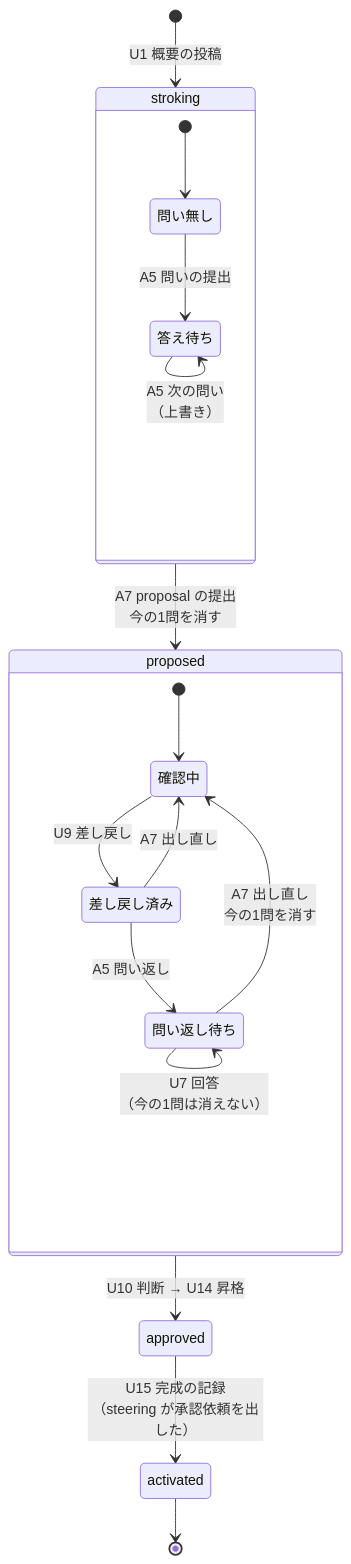
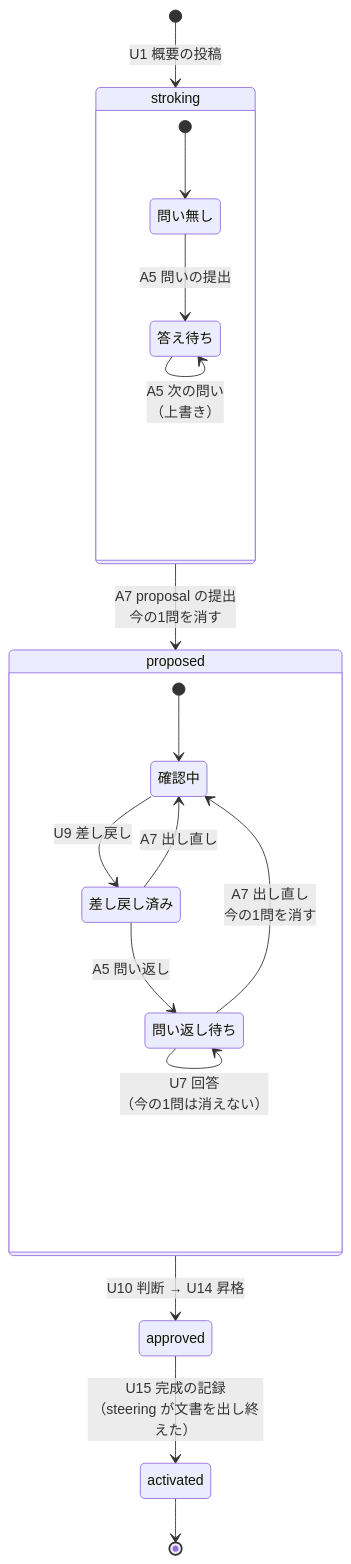
One commit to grrowapp/stroke changed the second of 3 diagrams in docs/specs/architecture/question-flow.md. Above: the diagram before and after it, drawn with Mermaid. The commit also changed 24 other files, not shown here.

````diff
--- a/docs/specs/architecture/question-flow.md
+++ b/docs/specs/architecture/question-flow.md
@@ -82,26 +82,26 @@
 ```mermaid
 stateDiagram-v2
     [*] --> stroking: U1 概要の投稿
 
     state stroking {
         [*] --> 問い無し
         問い無し --> 答え待ち: A5 問いの提出
         答え待ち --> 答え待ち: U7 回答<br/>（今の1問は消えない）
         答え待ち --> 答え待ち: A5 次の問い<br/>（上書き）
     }
 
     stroking --> proposed: A7 proposal の提出<br/>今の1問を消す
 
     state proposed {
         [*] --> 確認中
         確認中 --> 差し戻し済み: U9 差し戻し
         差し戻し済み --> 問い返し待ち: A5 問い返し
         問い返し待ち --> 問い返し待ち: U7 回答<br/>（今の1問は消えない）
         問い返し待ち --> 確認中: A7 出し直し<br/>今の1問を消す
         差し戻し済み --> 確認中: A7 出し直し
     }
 
     proposed --> approved: U10 判断 → U14 昇格
-    approved --> activated: U15 完成の記録<br/>（steering が承認依頼を出した）
+    approved --> activated: U15 完成の記録<br/>（steering が文書を出し終えた）
     activated --> [*]
 ```
````
